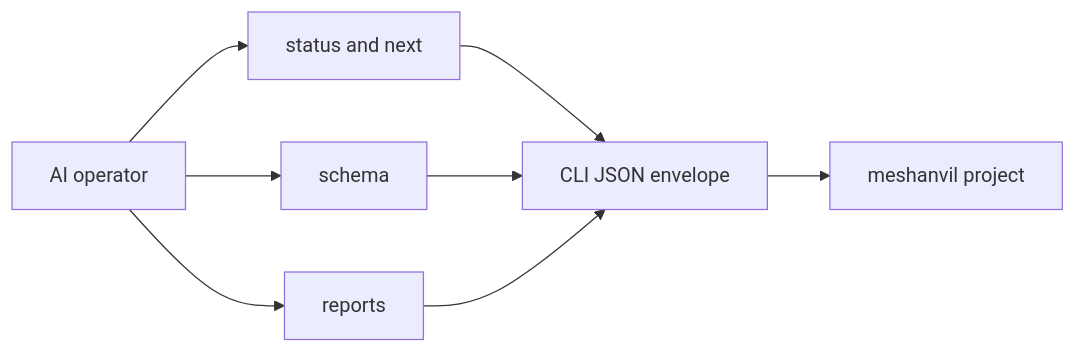
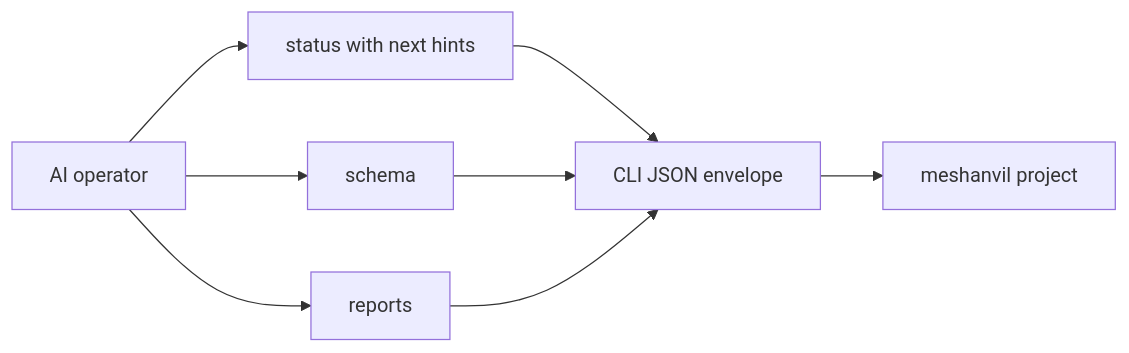
The diagram in logics/product/prod_014_an_agent_ready_command_surface_for_meshanvil.md (AlexAgo83/meshanvil), drawn with Mermaid before and after one commit. The commit also changed other lines of this file and 9 other files, not shown here.

````diff
--- a/logics/product/prod_014_an_agent_ready_command_surface_for_meshanvil.md
+++ b/logics/product/prod_014_an_agent_ready_command_surface_for_meshanvil.md
@@ -14,10 +14,10 @@
 ```mermaid
 flowchart LR
-  agent[AI operator] --> status[status and next]
+  agent[AI operator] --> status[status with next hints]
   agent --> schema[schema]
   agent --> reports[reports]
   status --> cli[CLI JSON envelope]
   schema --> cli
   reports --> cli
   cli --> project[meshanvil project]
 ```
````
